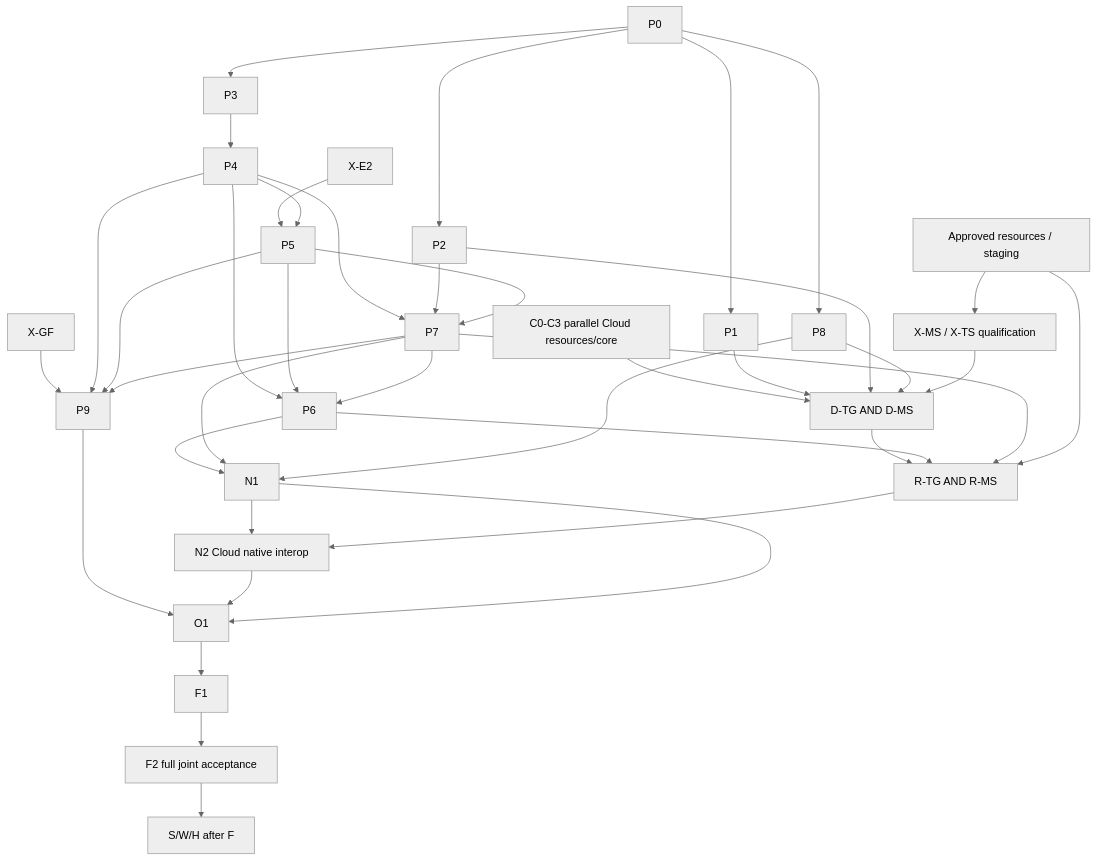
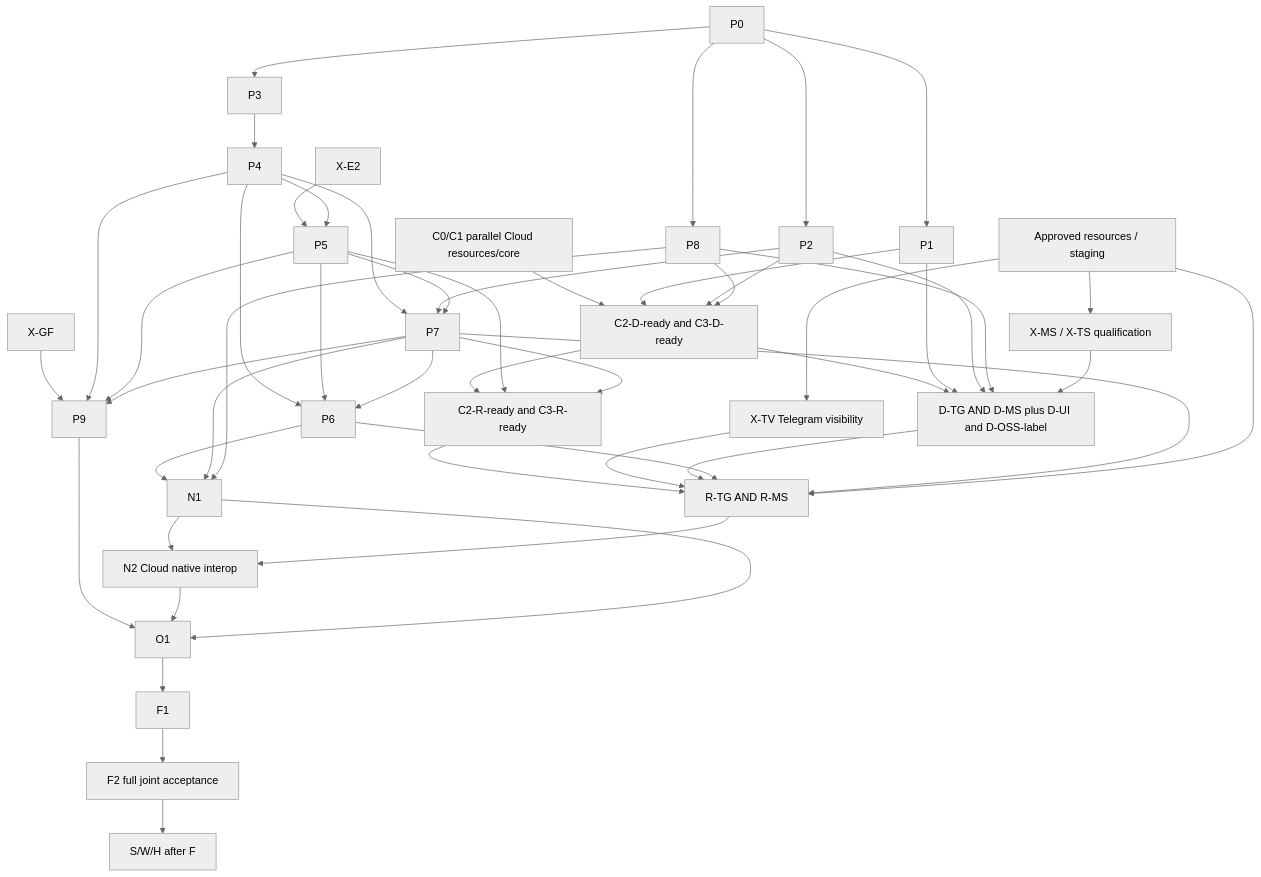
The diagram in docs/human-channels-oss-build-plan.md (awebai/aweb), drawn with Mermaid (neutral theme) before and after one commit. The commit also changed other lines of this file, not shown here.

````diff
--- a/docs/human-channels-oss-build-plan.md
+++ b/docs/human-channels-oss-build-plan.md
@@ -322,41 +389,51 @@
 ```mermaid
 flowchart TD
   P0 --> P1
   P0 --> P2
   P0 --> P3
   P0 --> P8
   P3 --> P4
   XE[X-E2] --> P5
   P4 --> P5
   P4 --> P7
   P2 --> P7
   P5 --> P7
   P4 --> P6
   P5 --> P6
   P7 --> P6
   XG[X-GF] --> P9
   P4 --> P9
   P5 --> P9
   P7 --> P9
   P6 --> N1
   P7 --> N1
   P8 --> N1
-  C[C0-C3 parallel Cloud resources/core] --> D[ D-TG AND D-MS ]
+  C[C0/C1 parallel Cloud resources/core] --> CD[C2-D-ready and C3-D-ready]
+  P1 --> CD
+  P2 --> CD
+  P8 --> CD
+  CD --> D[ D-TG AND D-MS plus D-UI and D-OSS-label ]
+  CD --> CR[C2-R-ready and C3-R-ready]
+  P5 --> CR
+  P7 --> CR
+  CR --> R[ R-TG AND R-MS ]
+  TV[X-TV Telegram visibility] --> R
   P1 --> D
   P2 --> D
   P8 --> D
   MS[X-MS / X-TS qualification] --> D
-  D --> R[ R-TG AND R-MS ]
+  D --> R
   P6 --> R
   P7 --> R
   N1 --> N[N2 Cloud native interop]
   R --> N
   P9 --> O1
   N --> O1
   N1 --> O1
   O1 --> F1
   F0[Approved resources / staging] --> MS
+  F0 --> TV
   F0 --> R
   F1 --> F2[ F2 full joint acceptance ]
   F2 --> SWH[S/W/H after F]
 ```
````
